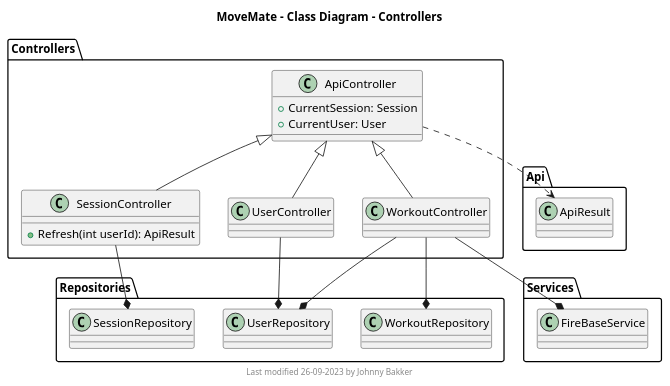
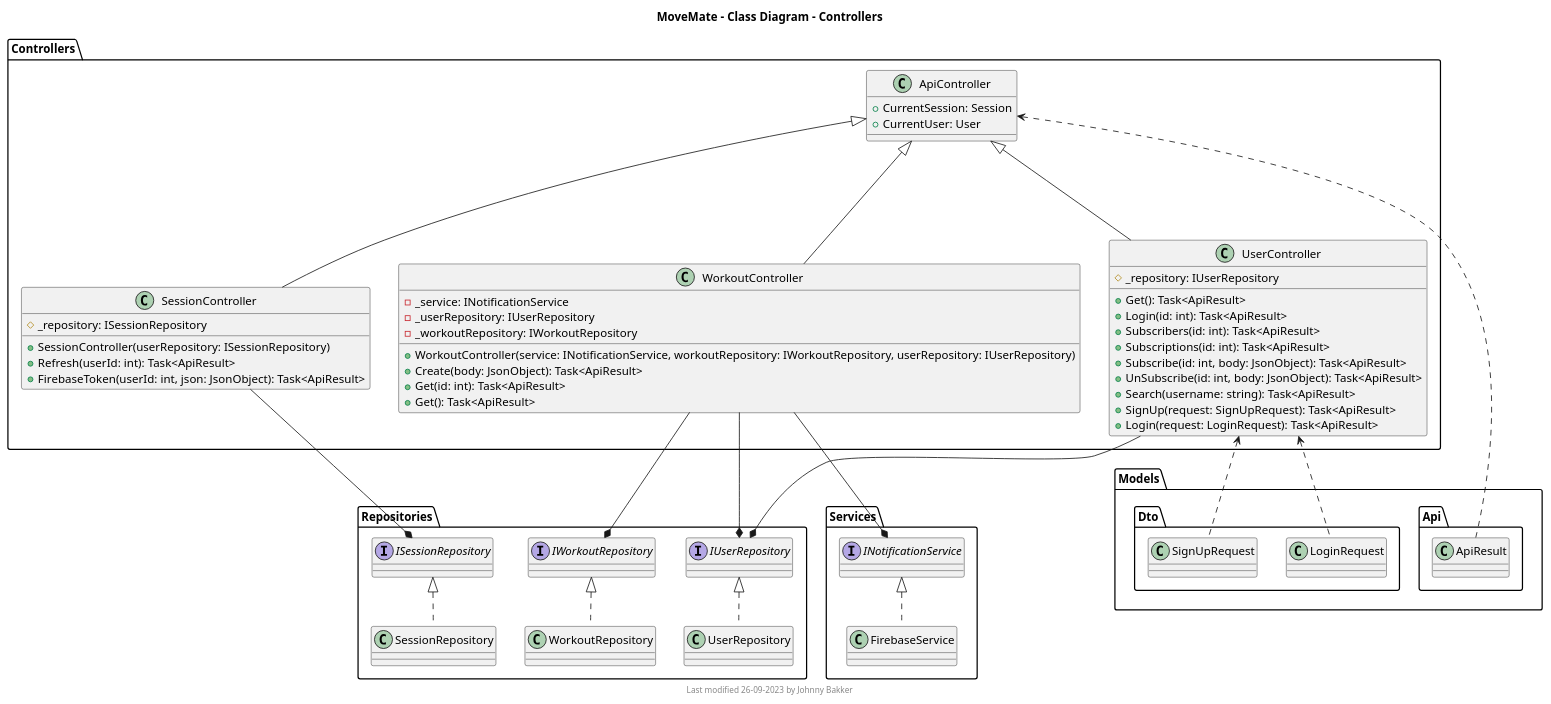
Before and after one commit to johnnybakker/MoveMateWebApi: the diagram in Diagrams/ClassDiagram-Controllers.puml, drawn with PlantUML. The commit also changed 4 other files, not shown here.

Commit message:
updated diagrams

```diff
--- a/Diagrams/ClassDiagram-Controllers.puml
+++ b/Diagrams/ClassDiagram-Controllers.puml
@@ -1,38 +1,96 @@
-@startuml Class Diafram Controllers
+@startuml Class Diagram Controllers
 
 	title MoveMate - Class Diagram - Controllers
 	footer Last modified 26-09-2023 by Johnny Bakker
+
+
 
 	namespace Controllers {
 
 		class ApiController {
 			+CurrentSession: Session
 			+CurrentUser: User
 		}
 
+		class UserController {
+			#_repository: IUserRepository
+			+Get(): Task<ApiResult> 
+			+Login(id: int): Task<ApiResult>  
+			+Subscribers(id: int): Task<ApiResult>
+			+Subscriptions(id: int): Task<ApiResult>
+			+Subscribe(id: int, body: JsonObject): Task<ApiResult>
+			+UnSubscribe(id: int, body: JsonObject): Task<ApiResult>
+			+Search(username: string): Task<ApiResult>
+			+SignUp(request: SignUpRequest): Task<ApiResult>
+			+Login(request: LoginRequest): Task<ApiResult> 
+		}
+
 		class SessionController {
-				+Refresh(int userId): ApiResult
+			#_repository: ISessionRepository
+			+SessionController(userRepository: ISessionRepository)
+			+Refresh(userId: int): Task<ApiResult>
+			+FirebaseToken(userId: int, json: JsonObject): Task<ApiResult>
 		}
-		class UserController
-		class WorkoutController
 
-		ApiController <|-- SessionController
-		ApiController <|-- UserController
-		ApiController <|-- WorkoutController
+		class WorkoutController {
+			-_service: INotificationService
+			-_userRepository: IUserRepository
+			-_workoutRepository: IWorkoutRepository
+			+WorkoutController(service: INotificationService, workoutRepository: IWorkoutRepository, userRepository: IUserRepository)
+			+Create(body: JsonObject): Task<ApiResult>
+			+Get(id: int): Task<ApiResult>
+			+Get(): Task<ApiResult>
+		}
+
+		ApiController <|--- SessionController
+		ApiController <|--- UserController
+		ApiController <|--- WorkoutController
 	}
 
+	namespace Models {
+		namespace Dto {
+			class LoginRequest
+			class SignUpRequest
+		}
+		namespace Api {
+			class ApiResult
+		}
+	}
+
+	
+	Controllers.UserController <.. Models.Dto.LoginRequest
+	Controllers.UserController <.. Models.Dto.SignUpRequest
+
 	namespace Repositories {
+
+		interface ISessionRepository
+		interface IUserRepository
+		interface IWorkoutRepository
+
 		class SessionRepository
 		class UserRepository
 		class WorkoutRepository
+
+
+		ISessionRepository <|.. SessionRepository
+		IUserRepository <|.. UserRepository
+		IWorkoutRepository <|.. WorkoutRepository
 	}
+
+	namespace Services {
+		interface INotificationService
+		class FirebaseService
+		INotificationService <|.. FirebaseService
+	}
+
+	Controllers.ApiController <.. Models.Api.ApiResult 
 		
-	Controllers.ApiController ..> Api.ApiResult
-	Controllers.UserController --* Repositories.UserRepository
-	Controllers.WorkoutController --* Repositories.WorkoutRepository
-	Controllers.WorkoutController --* Repositories.UserRepository
-	Controllers.WorkoutController --* Services.FireBaseService
-	Controllers.SessionController --* Repositories.SessionRepository
+
+	Controllers.UserController --* Repositories.IUserRepository
+	Controllers.WorkoutController --* Repositories.IUserRepository
+	Controllers.WorkoutController --* Repositories.IWorkoutRepository
+	Controllers.WorkoutController --* Services.INotificationService
+	Controllers.SessionController --* Repositories.ISessionRepository
 
 
 @enduml
```
